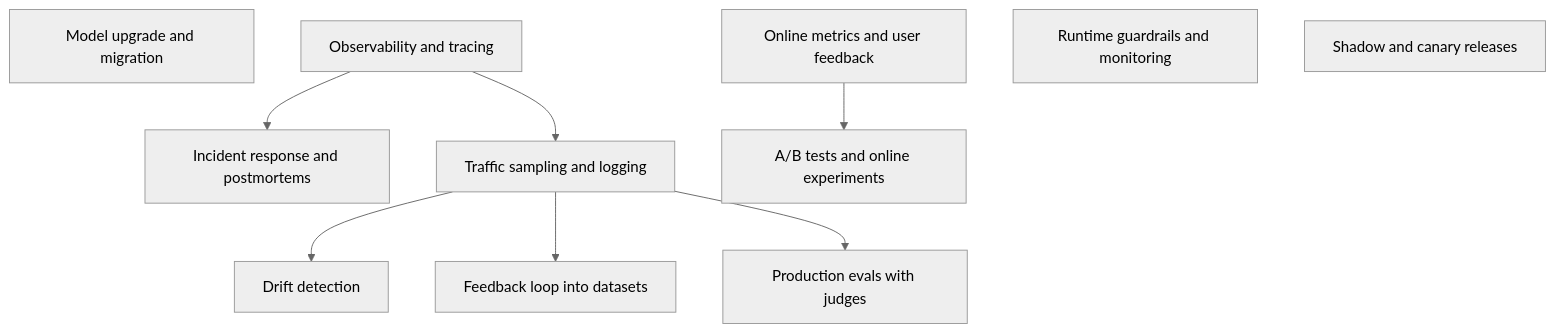
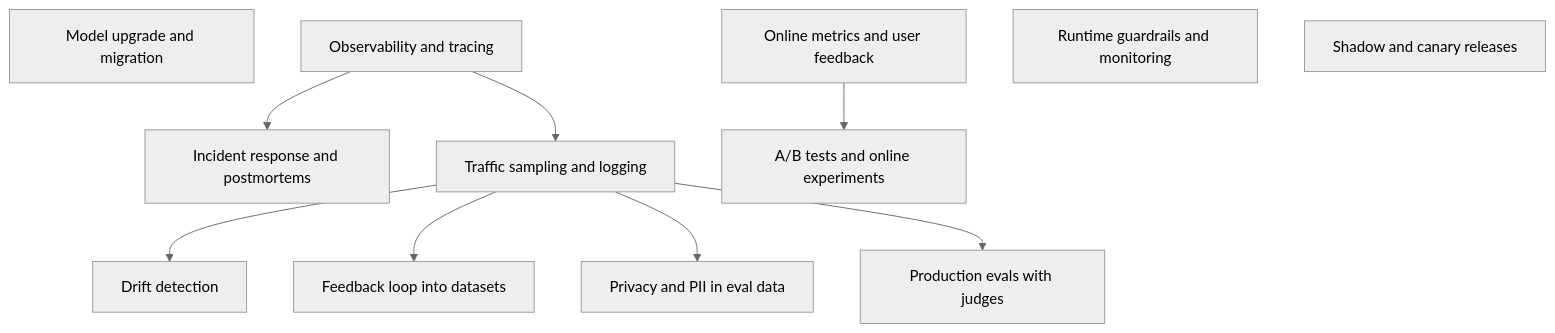
The seventh of 8 diagrams in map/00-overview.md (ksubramanian9/ai_evaluation), drawn with Mermaid (neutral theme) before and after one commit. The commit also changed other lines of this file and 52 other files, not shown here.

````diff
--- a/map/00-overview.md
+++ b/map/00-overview.md
@@ -245,20 +258,22 @@
 ```mermaid
 flowchart TD
   n_drift_detection["Drift detection"]
   n_feedback_loop_to_datasets["Feedback loop into datasets"]
   n_incident_response_and_postmortems["Incident response and postmortems"]
   n_model_upgrade_and_migration["Model upgrade and migration"]
   n_observability_and_tracing["Observability and tracing"]
   n_online_experiments["A/B tests and online experiments"]
   n_online_metrics_and_user_feedback["Online metrics and user feedback"]
+  n_privacy_and_pii_in_eval_data["Privacy and PII in eval data"]
   n_production_evals_with_judges["Production evals with judges"]
   n_runtime_guardrails["Runtime guardrails and monitoring"]
   n_shadow_and_canary_releases["Shadow and canary releases"]
   n_traffic_sampling_and_logging["Traffic sampling and logging"]
   n_traffic_sampling_and_logging --> n_drift_detection
   n_traffic_sampling_and_logging --> n_feedback_loop_to_datasets
   n_observability_and_tracing --> n_incident_response_and_postmortems
   n_online_metrics_and_user_feedback --> n_online_experiments
+  n_traffic_sampling_and_logging --> n_privacy_and_pii_in_eval_data
   n_traffic_sampling_and_logging --> n_production_evals_with_judges
   n_observability_and_tracing --> n_traffic_sampling_and_logging
 ```
````
